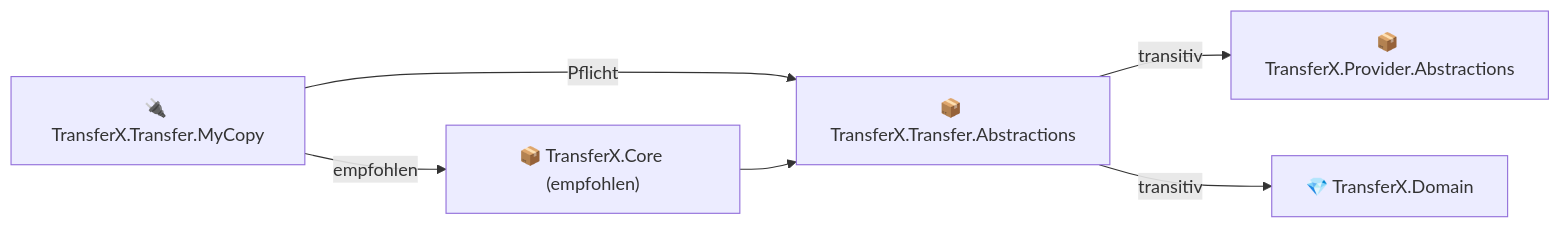
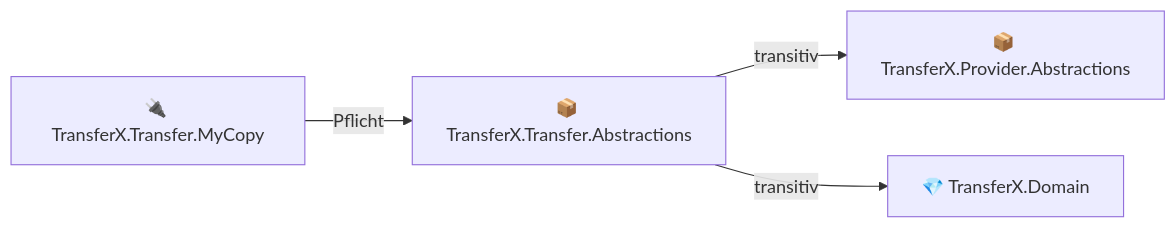
The third of 5 diagrams in docs/transfers/implement-transfer-plugin.md (SOWITransferX/plugin-devkit), drawn with Mermaid before and after one commit. The commit also changed other lines of this file and 26 other files, not shown here.

````diff
--- a/docs/transfers/implement-transfer-plugin.md
+++ b/docs/transfers/implement-transfer-plugin.md
@@ -116,14 +123,11 @@
 ```mermaid
 graph LR
     Plugin["🔌 TransferX.Transfer.MyCopy"]
     TA["📦 TransferX.Transfer.Abstractions"]
-    Core["📦 TransferX.Core (empfohlen)"]
     PA["📦 TransferX.Provider.Abstractions"]
     Domain["💎 TransferX.Domain"]
 
     Plugin -->|"Pflicht"| TA
-    Plugin -->|"empfohlen"| Core
     TA -->|"transitiv"| PA
     TA -->|"transitiv"| Domain
-    Core --> TA
 ```
````
